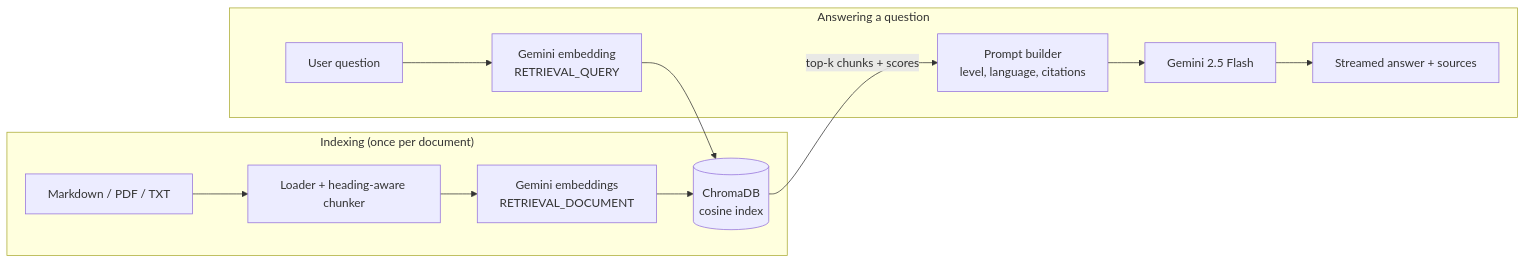
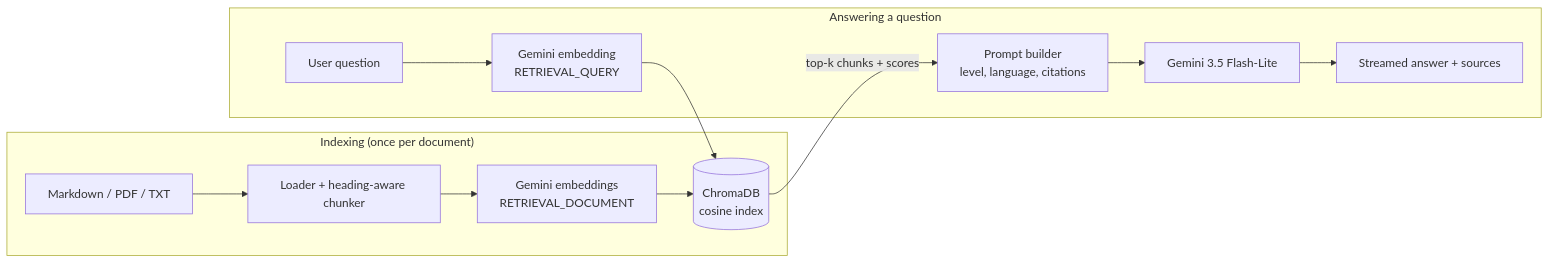
The diagram in README.md (parth-05122005/DeutschBuddy), drawn with Mermaid before and after one commit. The commit also changed other lines of this file and 10 other files, not shown here.

First line of the commit message:
Add IEEE paper build, switch to Gemini 3.5 Flash-Lite, harden rate-limit handling

````diff
--- a/README.md
+++ b/README.md
@@ -19,15 +19,15 @@
 ```mermaid
 flowchart LR
     subgraph Indexing["Indexing (once per document)"]
         A[Markdown / PDF / TXT] --> B[Loader + heading-aware chunker]
         B --> C[Gemini embeddings<br/>RETRIEVAL_DOCUMENT]
         C --> D[(ChromaDB<br/>cosine index)]
     end
     subgraph Query["Answering a question"]
         Q[User question] --> E[Gemini embedding<br/>RETRIEVAL_QUERY]
         E --> D
         D -->|top-k chunks + scores| F[Prompt builder<br/>level, language, citations]
-        F --> G[Gemini 2.5 Flash]
+        F --> G[Gemini 3.5 Flash-Lite]
         G --> H[Streamed answer + sources]
     end
 ```
````
